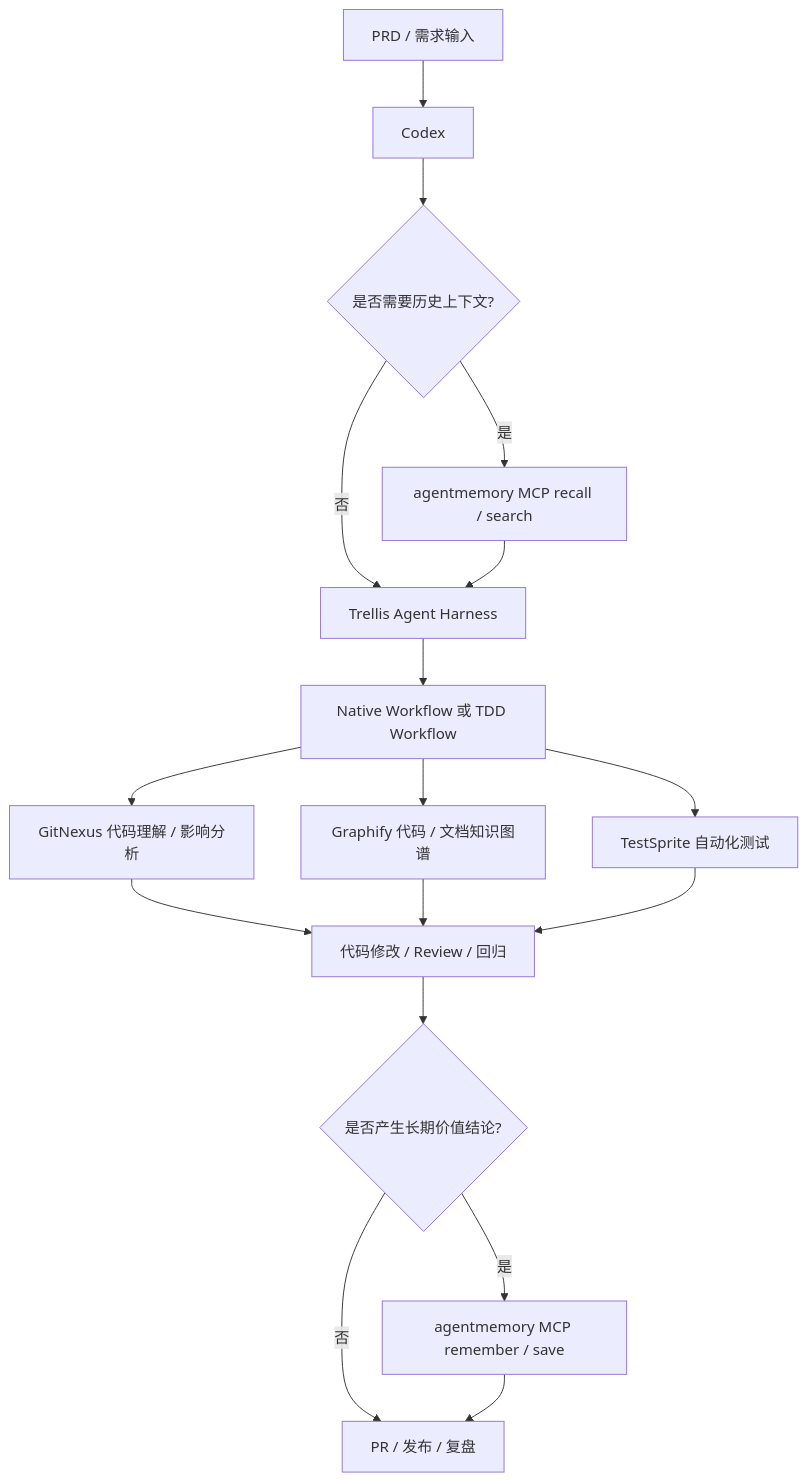
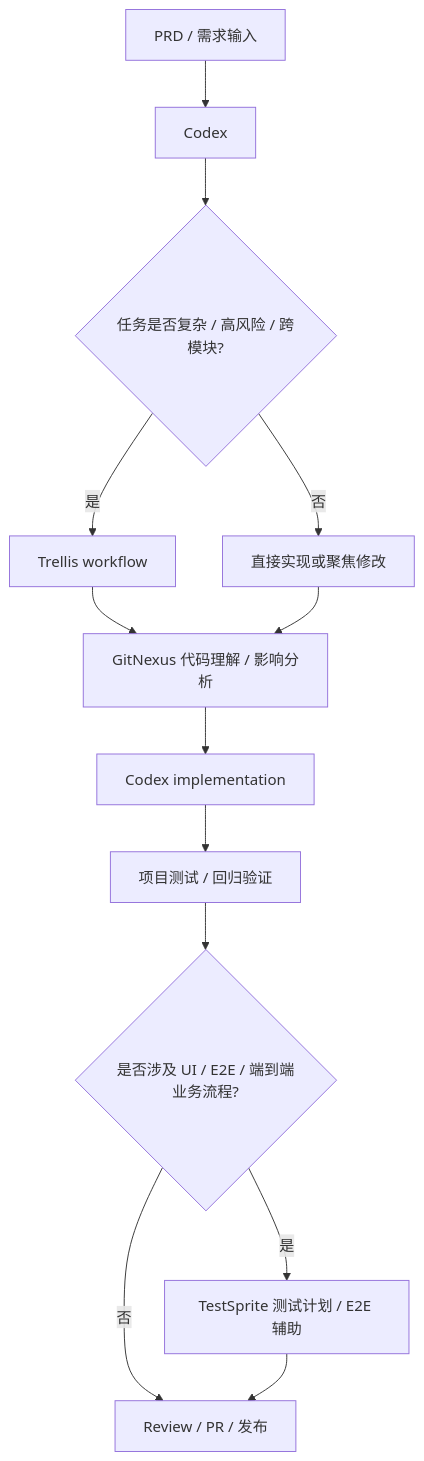
Before and after one commit to KunoLu/640-skills: the diagram in ENTRYPOINT.md, drawn with Mermaid. The commit also changed other lines of this file and 5 other files, not shown here.

Commit message:
chore: 精简 agent harness 模板配置

````diff
--- a/ENTRYPOINT.md
+++ b/ENTRYPOINT.md
@@ -26,19 +26,15 @@
 ```mermaid
 flowchart TD
     A[PRD / 需求输入] --> B[Codex]
-    B --> M1{是否需要历史上下文?}
-    M1 -- 是 --> M2[agentmemory MCP recall / search]
-    M1 -- 否 --> C[Trellis Agent Harness]
-    M2 --> C
-    C --> D[Native Workflow 或 TDD Workflow]
-    D --> E[GitNexus 代码理解 / 影响分析]
-    D --> F[Graphify 代码 / 文档知识图谱]
-    D --> G[TestSprite 自动化测试]
-    E --> H[代码修改 / Review / 回归]
-    F --> H
-    G --> H
-    H --> M3{是否产生长期价值结论?}
-    M3 -- 是 --> M4[agentmemory MCP remember / save]
-    M3 -- 否 --> I[PR / 发布 / 复盘]
-    M4 --> I
+    B --> C{任务是否复杂 / 高风险 / 跨模块?}
+    C -- 是 --> D[Trellis workflow]
+    C -- 否 --> E[直接实现或聚焦修改]
+    D --> F[GitNexus 代码理解 / 影响分析]
+    E --> F
+    F --> G[Codex implementation]
+    G --> H[项目测试 / 回归验证]
+    H --> I{是否涉及 UI / E2E / 端到端业务流程?}
+    I -- 是 --> J[TestSprite 测试计划 / E2E 辅助]
+    I -- 否 --> K[Review / PR / 发布]
+    J --> K
 ```
````
